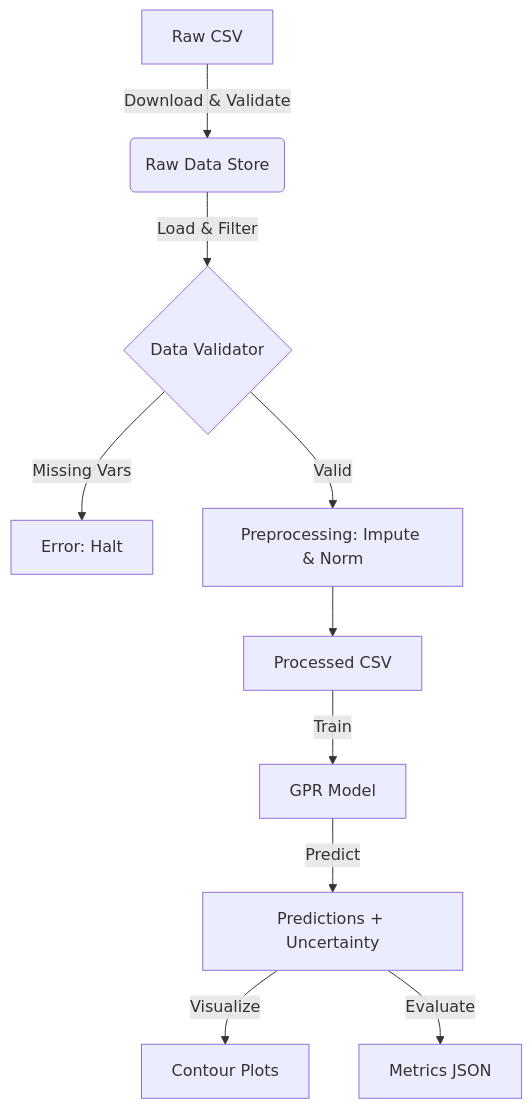
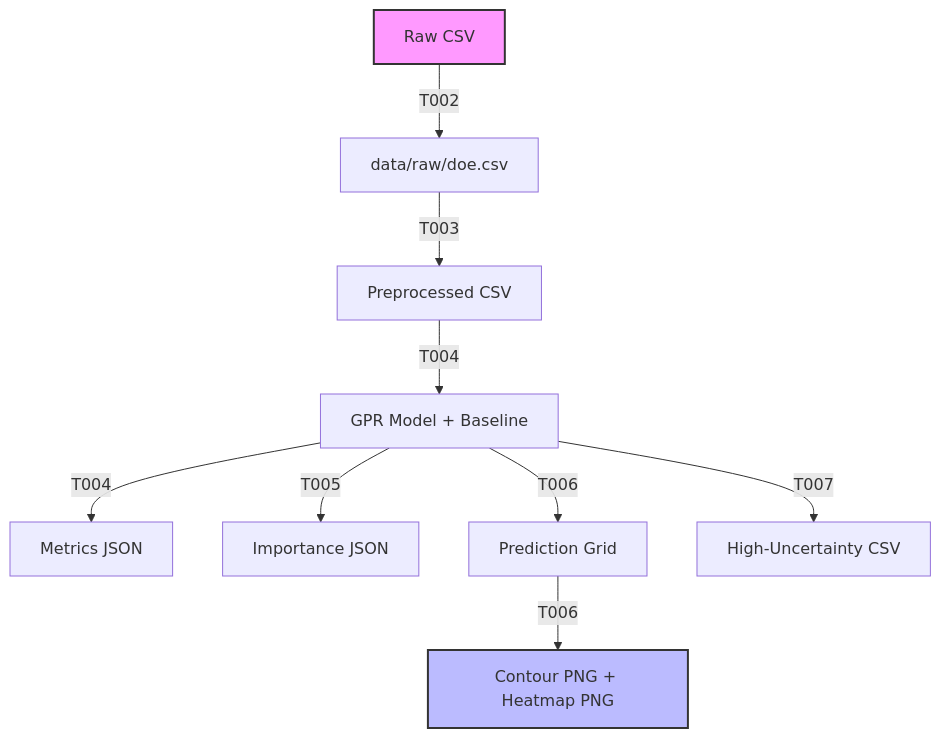
One commit to ContextLab/llmXive changed the diagram in projects/PROJ-053-unveiling-hidden-correlations-between-pr/specs/001-unveiling-hidden-correlations-between-pr/data-model.md. Above: the diagram before and after it, drawn with Mermaid. The commit also changed other lines of this file and 15 other files, not shown here.

````diff
--- a/projects/PROJ-053-unveiling-hidden-correlations-between-pr/specs/001-unveiling-hidden-correlations-between-pr/data-model.md
+++ b/projects/PROJ-053-unveiling-hidden-correlations-between-pr/specs/001-unveiling-hidden-correlations-between-pr/data-model.md
@@ -20,12 +46,13 @@
 ```mermaid
 graph TD
-    A[Raw CSV] -->|Download & Validate| B(Raw Data Store)
-    B -->|Load & Filter| C{Data Validator}
-    C -->|Missing Vars| D[Error: Halt]
-    C -->|Valid| E[Preprocessing: Impute & Norm]
-    E --> F[Processed CSV]
-    F -->|Train| G[GPR Model]
-    G -->|Predict| H[Predictions + Uncertainty]
-    H -->|Visualize| I[Contour Plots]
-    H -->|Evaluate| J[Metrics JSON]
+    A[Raw CSV] -->|T002| B[data/raw/doe.csv]
+    B -->|T003| C[Preprocessed CSV]
+    C -->|T004| D[GPR Model + Baseline]
+    D -->|T004| E[Metrics JSON]
+    D -->|T005| F[Importance JSON]
+    D -->|T006| G[Prediction Grid]
+    G -->|T006| H[Contour PNG + Heatmap PNG]
+    D -->|T007| I[High‑Uncertainty CSV]
+    style A fill:#f9f,stroke:#333,stroke-width:2px
+    style H fill:#bbf,stroke:#333,stroke-width:2px
 ```
````
